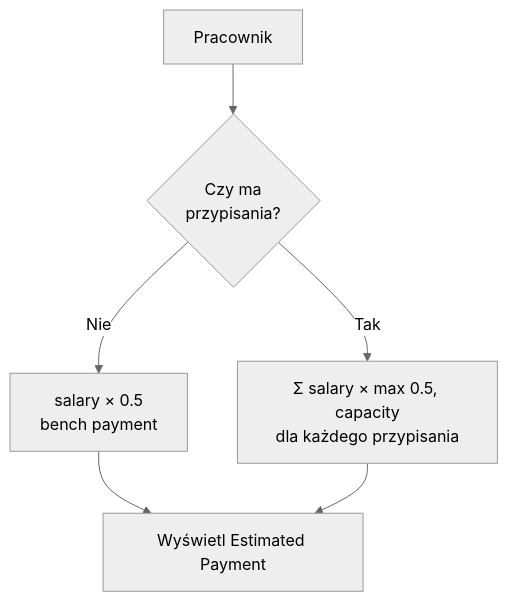
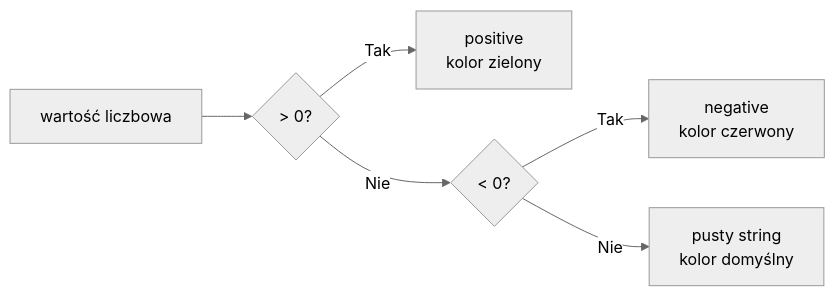
One commit to AlanKowalzky/dashboard-project changed the ninth of 10 diagrams in doc/etap4_mermaid.md. Above: the diagram before and after it, drawn with Mermaid (neutral theme). The commit also changed other lines of this file and 10 other files, not shown here.

````diff
--- a/doc/etap4_mermaid.md
+++ b/doc/etap4_mermaid.md
@@ -101,8 +180,8 @@
 ```mermaid
-flowchart TD
-    EMP[Pracownik] --> CHECK{Czy ma\nprzypisania?}
-    CHECK -- Nie --> BENCH[salary × 0.5\nbench payment]
-    CHECK -- Tak --> SUM[Σ salary × max 0.5, capacity\ndla każdego przypisania]
-    BENCH --> DISPLAY[Wyświetl Estimated Payment]
-    SUM --> DISPLAY
+flowchart LR
+    VAL[wartość liczbowa] --> GT{> 0?}
+    GT -- Tak --> POS[positive\nkolor zielony]
+    GT -- Nie --> LT{< 0?}
+    LT -- Tak --> NEG[negative\nkolor czerwony]
+    LT -- Nie --> NONE[pusty string\nkolor domyślny]
 ```
````
